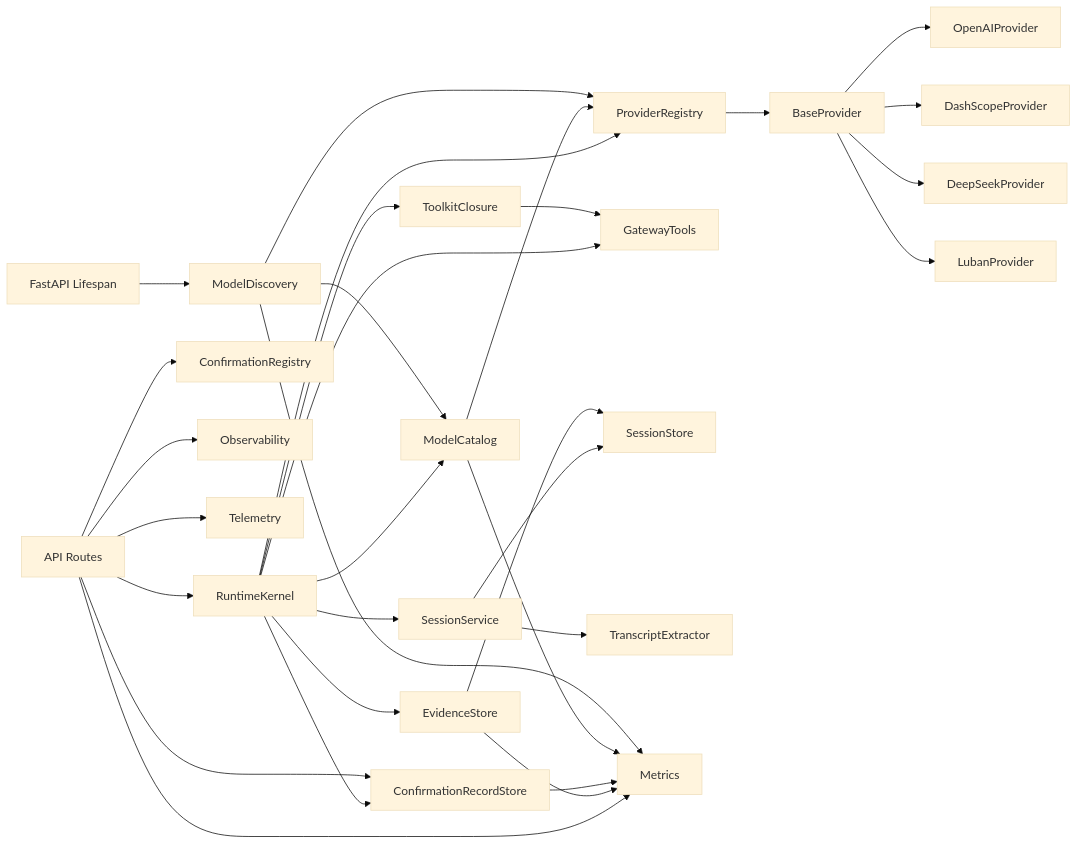
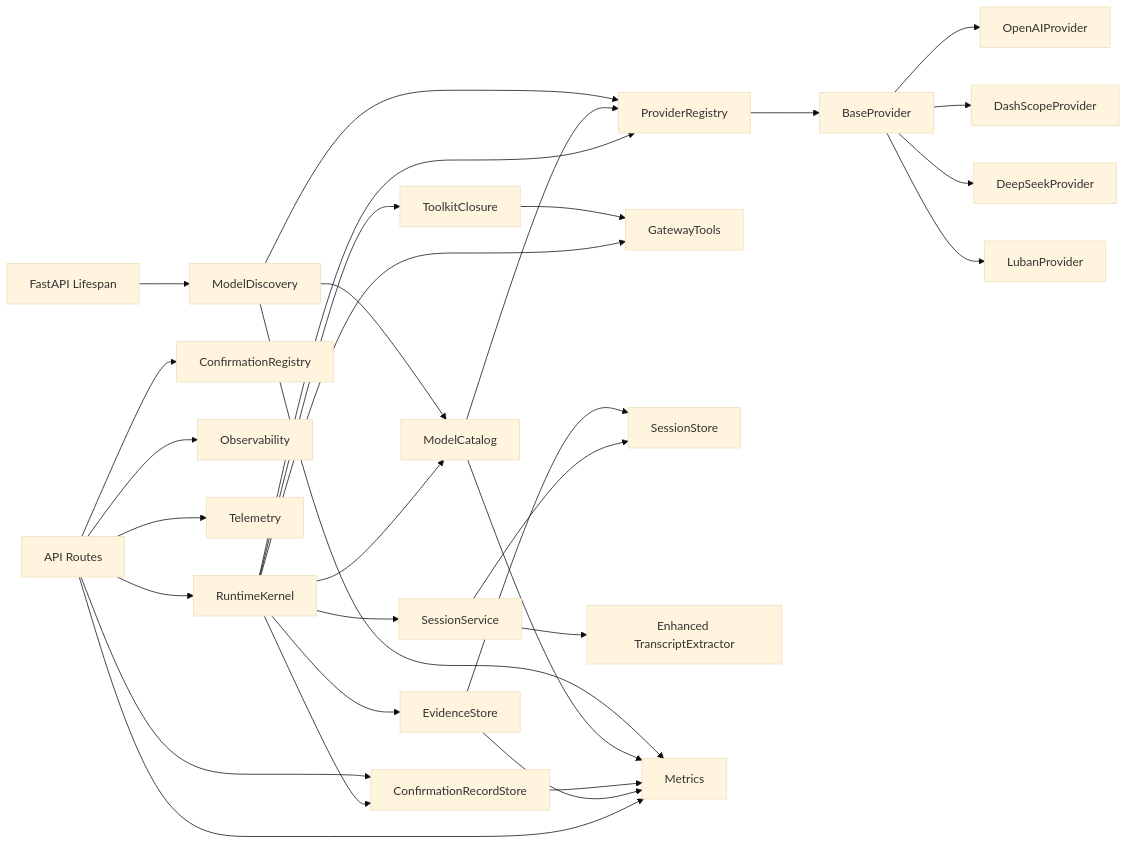
Before and after one commit to metasync/luban-aiops: diagram 37 of 37 in .qoder/repowiki/en/content/Agent Platform Service/Agent Platform Service.md, drawn with Mermaid (base theme). The commit also changed other lines of this file and 14 other files, not shown here.

````diff
--- a/.qoder/repowiki/en/content/Agent Platform Service/Agent Platform Service.md
+++ b/.qoder/repowiki/en/content/Agent Platform Service/Agent Platform Service.md
@@ -1946,33 +2072,33 @@
 ```mermaid
 graph LR
 API["API Routes"] --> Kernel["RuntimeKernel"]
 Kernel --> Session["SessionService"]
 Kernel --> Evidence["EvidenceStore"]
 Kernel --> ConfirmStore["ConfirmationRecordStore"]
 Kernel --> ModelCat["ModelCatalog"]
 Kernel --> Registry["ProviderRegistry"]
 Kernel --> Tools["GatewayTools"]
 Kernel --> Closure["ToolkitClosure"]
 Registry --> Base["BaseProvider"]
 Base --> OpenAI["OpenAIProvider"]
 Base --> DashScope["DashScopeProvider"]
 Base --> DeepSeek["DeepSeekProvider"]
 Base --> Luban["LubanProvider"]
 Session --> Store["SessionStore"]
-Session --> Transcript["TranscriptExtractor"]
+Session --> Transcript["Enhanced TranscriptExtractor"]
 API --> HITL["ConfirmationRegistry"]
 API --> ConfirmStore
 API --> Metrics["Metrics"]
 API --> Obs["Observability"]
 API --> Tel["Telemetry"]
 Closure --> Tools
 Evidence --> Metrics
 Evidence --> Store
 ConfirmStore --> Metrics
 ModelCat --> Metrics
 ModelCat --> Registry
 ModelDisc["ModelDiscovery"] --> ModelCat
 ModelDisc --> Registry
 ModelDisc --> Metrics
 Lifespan["FastAPI Lifespan"] --> ModelDisc
 ```
````
